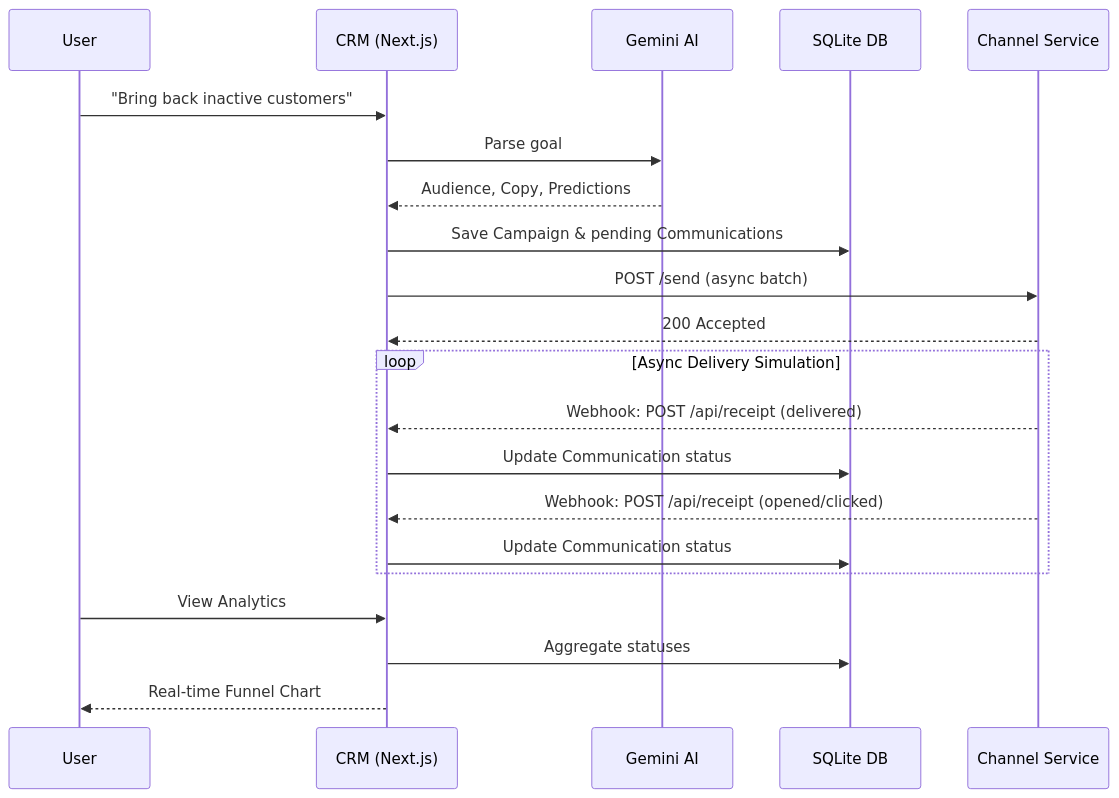
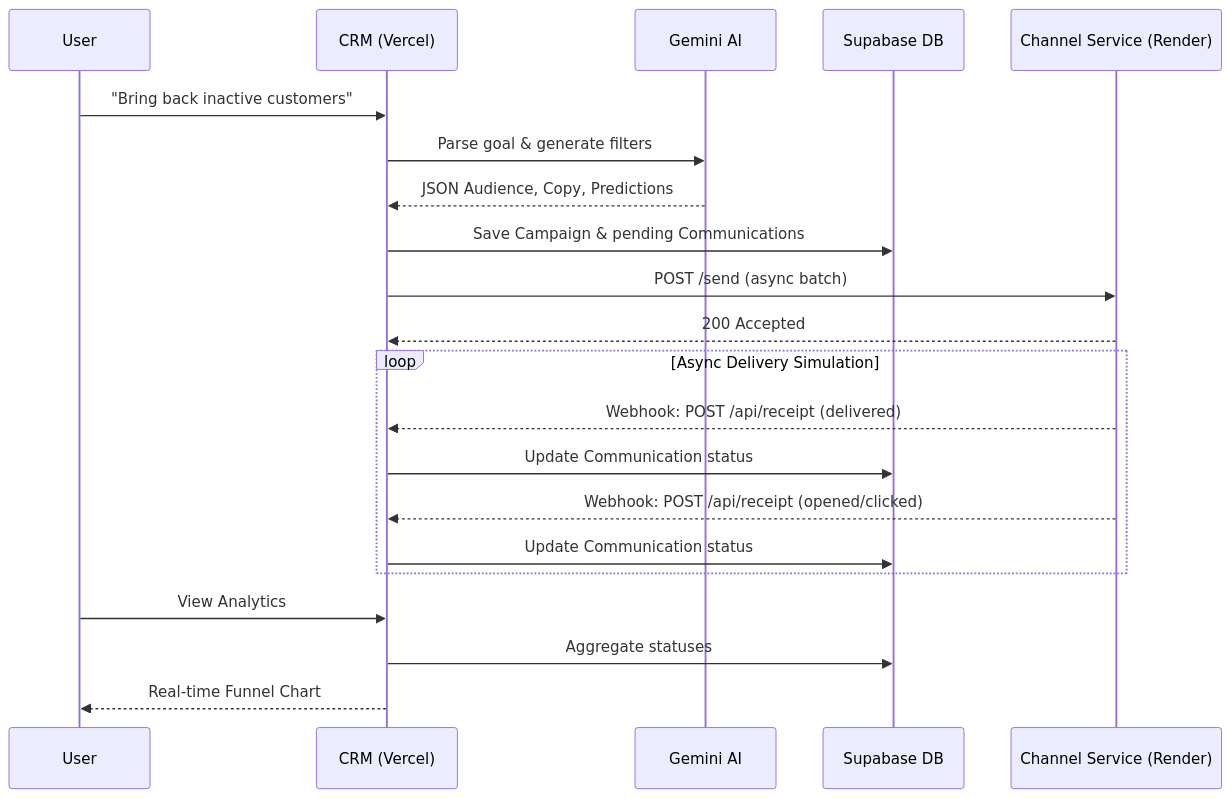
Before and after one commit to Sheerin-F-A/mini-crm: the diagram in README.md, drawn with Mermaid. The commit also changed other lines of this file, not shown here.

Commit message:
docs: update architecture diagram and deployment instructions

````diff
--- a/README.md
+++ b/README.md
@@ -13,26 +13,26 @@
 ```mermaid
 sequenceDiagram
     participant User
-    participant CRM (Next.js)
+    participant CRM (Vercel)
     participant Gemini AI
-    participant SQLite DB
-    participant Channel Service
+    participant Supabase DB
+    participant Channel Service (Render)
 
-    User->>CRM (Next.js): "Bring back inactive customers"
-    CRM (Next.js)->>Gemini AI: Parse goal
-    Gemini AI-->>CRM (Next.js): Audience, Copy, Predictions
-    CRM (Next.js)->>SQLite DB: Save Campaign & pending Communications
-    CRM (Next.js)->>Channel Service: POST /send (async batch)
-    Channel Service-->>CRM (Next.js): 200 Accepted
+    User->>CRM (Vercel): "Bring back inactive customers"
+    CRM (Vercel)->>Gemini AI: Parse goal & generate filters
+    Gemini AI-->>CRM (Vercel): JSON Audience, Copy, Predictions
+    CRM (Vercel)->>Supabase DB: Save Campaign & pending Communications
+    CRM (Vercel)->>Channel Service (Render): POST /send (async batch)
+    Channel Service (Render)-->>CRM (Vercel): 200 Accepted
     
     loop Async Delivery Simulation
-        Channel Service-->>CRM (Next.js): Webhook: POST /api/receipt (delivered)
-        CRM (Next.js)->>SQLite DB: Update Communication status
-        Channel Service-->>CRM (Next.js): Webhook: POST /api/receipt (opened/clicked)
-        CRM (Next.js)->>SQLite DB: Update Communication status
+        Channel Service (Render)-->>CRM (Vercel): Webhook: POST /api/receipt (delivered)
+        CRM (Vercel)->>Supabase DB: Update Communication status
+        Channel Service (Render)-->>CRM (Vercel): Webhook: POST /api/receipt (opened/clicked)
+        CRM (Vercel)->>Supabase DB: Update Communication status
     end
     
-    User->>CRM (Next.js): View Analytics
-    CRM (Next.js)->>SQLite DB: Aggregate statuses
-    CRM (Next.js)-->>User: Real-time Funnel Chart
+    User->>CRM (Vercel): View Analytics
+    CRM (Vercel)->>Supabase DB: Aggregate statuses
+    CRM (Vercel)-->>User: Real-time Funnel Chart
 ```
````
